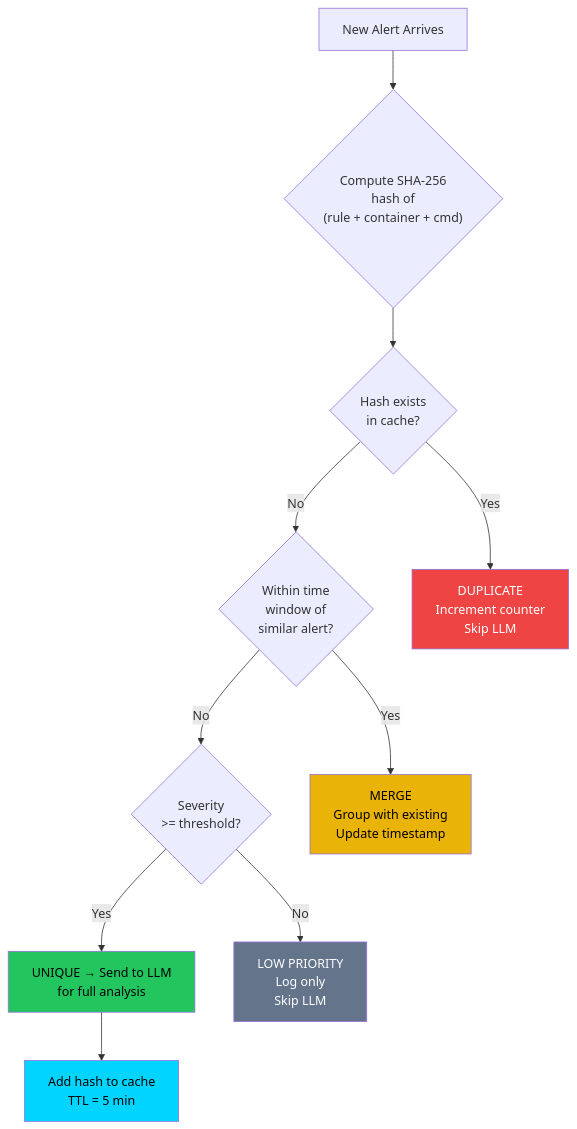
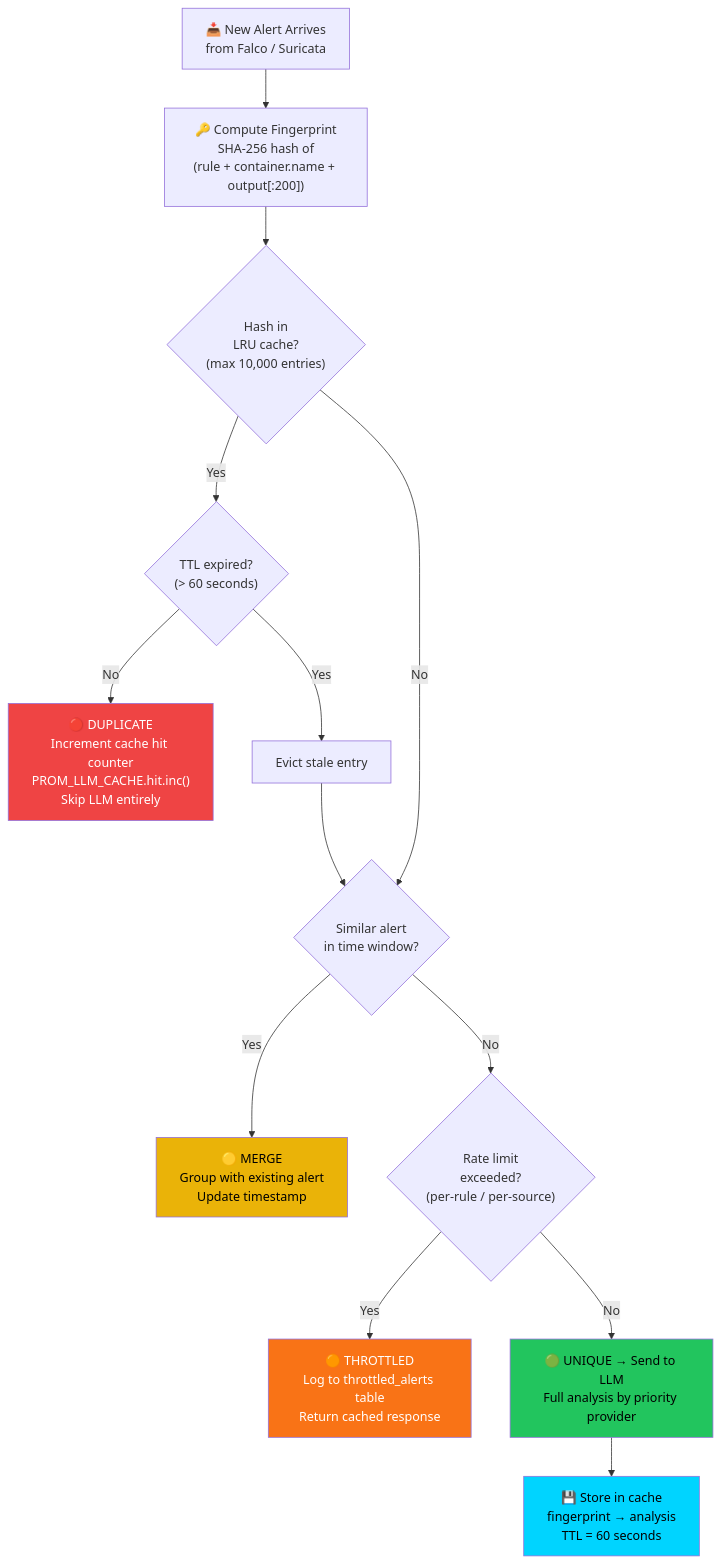
Before and after one commit to Alqaly/smart-city-ids: diagram 13 of 20 in docs/CAPSTONE_FIGURES.md, drawn with Mermaid. The commit also changed other lines of this file, not shown here.

First line of the commit message:
Improve figures file: exact placement labels + enhanced diagrams

````diff
--- a/docs/CAPSTONE_FIGURES.md
+++ b/docs/CAPSTONE_FIGURES.md
@@ -430,18 +585,20 @@
 ```mermaid
 graph TD
-    START["New Alert Arrives"] --> HASH{"Compute SHA-256\nhash of\n(rule + container + cmd)"}
-    HASH --> CHECK{"Hash exists\nin cache?"}
-    CHECK -->|No| WINDOW{"Within time\nwindow of\nsimilar alert?"}
-    CHECK -->|Yes| DUP["DUPLICATE\nIncrement counter\nSkip LLM"]
-    WINDOW -->|No| PRIORITY{"Severity\n>= threshold?"}
-    WINDOW -->|Yes| MERGE["MERGE\nGroup with existing\nUpdate timestamp"]
-    PRIORITY -->|Yes| LLM["UNIQUE → Send to LLM\nfor full analysis"]
-    PRIORITY -->|No| LOW["LOW PRIORITY\nLog only\nSkip LLM"]
-    LLM --> CACHE["Add hash to cache\nTTL = 5 min"]
+    START["📥 New Alert Arrives<br/>from Falco / Suricata"] --> FINGER["🔑 Compute Fingerprint<br/>SHA-256 hash of<br/>(rule + container.name + output[:200])"]
+    FINGER --> CACHE{"Hash in<br/>LRU cache?<br/>(max 10,000 entries)"}
+    CACHE -->|"Yes"| EXPIRED{"TTL expired?<br/>(> 60 seconds)"}
+    EXPIRED -->|"No"| DUP["🔴 DUPLICATE<br/>Increment cache hit counter<br/>PROM_LLM_CACHE.hit.inc()<br/>Skip LLM entirely"]
+    EXPIRED -->|"Yes"| EVICT["Evict stale entry"] --> WINDOW
+    CACHE -->|"No"| WINDOW{"Similar alert<br/>in time window?"}
+    WINDOW -->|"Yes"| MERGE["🟡 MERGE<br/>Group with existing alert<br/>Update timestamp"]
+    WINDOW -->|"No"| RATE{"Rate limit<br/>exceeded?<br/>(per-rule / per-source)"}
+    RATE -->|"Yes"| THROTTLE["🟠 THROTTLED<br/>Log to throttled_alerts table<br/>Return cached response"]
+    RATE -->|"No"| LLM["🟢 UNIQUE → Send to LLM<br/>Full analysis by priority provider"]
+    LLM --> STORE["💾 Store in cache<br/>fingerprint → analysis<br/>TTL = 60 seconds"]
 
     style DUP fill:#ef4444,color:#fff
     style MERGE fill:#eab308,color:#000
-    style LOW fill:#64748b,color:#fff
+    style THROTTLE fill:#f97316,color:#fff
     style LLM fill:#22c55e,color:#000
-    style CACHE fill:#00d4ff,color:#000
+    style STORE fill:#00d4ff,color:#000
 ```
````
